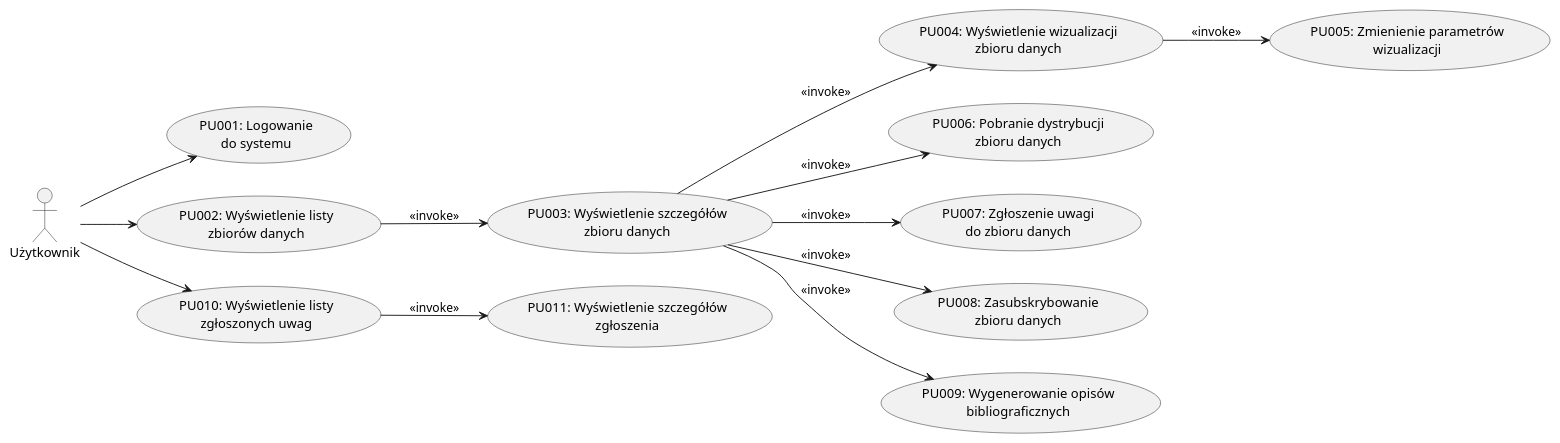
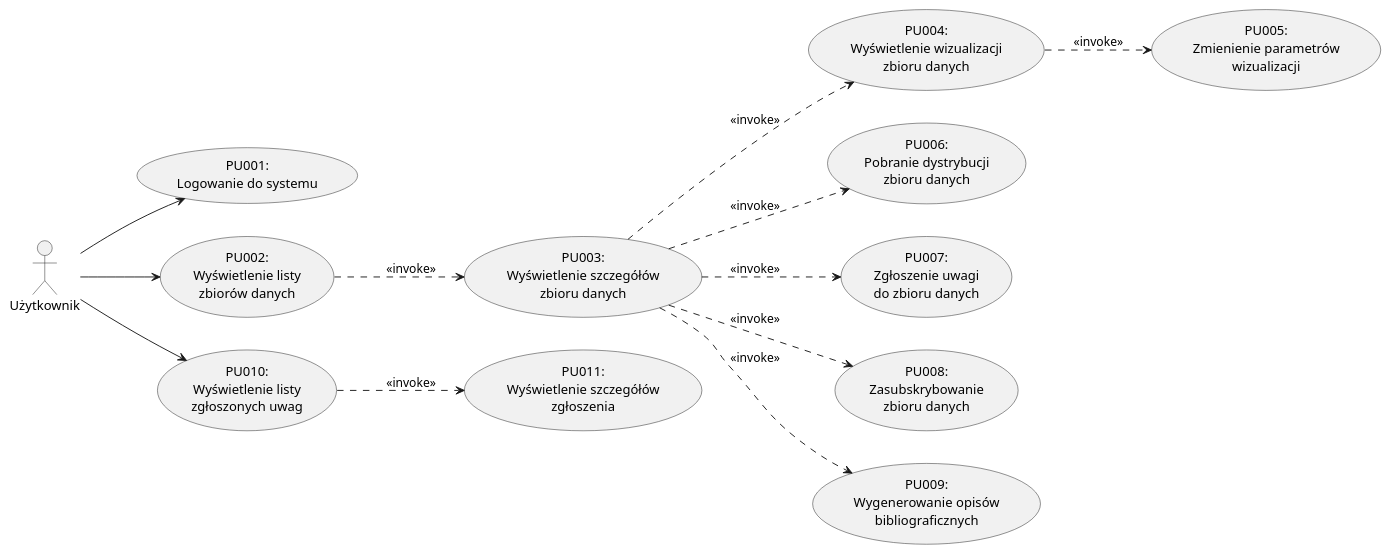
The diagram in 4. Diagramy Przypadkow/Uzytkownik.puml (kokolodziejska/IWO), drawn with PlantUML before and after one commit. The commit also changed 6 other files, not shown here.

```diff
--- a/4. Diagramy Przypadkow/Uzytkownik.puml
+++ b/4. Diagramy Przypadkow/Uzytkownik.puml
@@ -1,32 +1,32 @@
 @startuml Uzytkownik
 left to right direction
 
 actor "Użytkownik" as User
 
-usecase "PU001: Logowanie\ndo systemu" as PU001
-usecase "PU002: Wyświetlenie listy\nzbiorów danych" as PU002
-usecase "PU003: Wyświetlenie szczegółów\nzbioru danych" as PU003
-usecase "PU004: Wyświetlenie wizualizacji\nzbioru danych" as PU004
-usecase "PU005: Zmienienie parametrów\nwizualizacji" as PU005
-usecase "PU006: Pobranie dystrybucji\nzbioru danych" as PU006
-usecase "PU007: Zgłoszenie uwagi\ndo zbioru danych" as PU007
-usecase "PU008: Zasubskrybowanie\nzbioru danych" as PU008
-usecase "PU009: Wygenerowanie opisów\nbibliograficznych" as PU009
-usecase "PU010: Wyświetlenie listy\nzgłoszonych uwag" as PU010
-usecase "PU011: Wyświetlenie szczegółów\nzgłoszenia" as PU011
+usecase "PU001:\nLogowanie do systemu" as PU001
+usecase "PU002:\nWyświetlenie listy\nzbiorów danych" as PU002
+usecase "PU003:\nWyświetlenie szczegółów\nzbioru danych" as PU003
+usecase "PU004:\nWyświetlenie wizualizacji\nzbioru danych" as PU004
+usecase "PU005:\nZmienienie parametrów\nwizualizacji" as PU005
+usecase "PU006:\nPobranie dystrybucji\nzbioru danych" as PU006
+usecase "PU007:\nZgłoszenie uwagi\ndo zbioru danych" as PU007
+usecase "PU008:\nZasubskrybowanie\nzbioru danych" as PU008
+usecase "PU009:\nWygenerowanie opisów\nbibliograficznych" as PU009
+usecase "PU010:\nWyświetlenie listy\nzgłoszonych uwag" as PU010
+usecase "PU011:\nWyświetlenie szczegółów\nzgłoszenia" as PU011
 
 User --> PU001
 User --> PU002
 User --> PU010
 
-PU002 --> PU003 : <<invoke>>
-PU003 --> PU004 : <<invoke>>
-PU003 --> PU007 : <<invoke>>
-PU003 --> PU008 : <<invoke>>
-PU003 --> PU006 : <<invoke>>
-PU003 --> PU009 : <<invoke>>
-PU004 --> PU005 : <<invoke>>
+PU002 ..> PU003 : <<invoke>>
+PU003 ..> PU004 : <<invoke>>
+PU003 ..> PU007 : <<invoke>>
+PU003 ..> PU008 : <<invoke>>
+PU003 ..> PU006 : <<invoke>>
+PU003 ..> PU009 : <<invoke>>
+PU004 ..> PU005 : <<invoke>>
 
-PU010 --> PU011 : <<invoke>>
+PU010 ..> PU011 : <<invoke>>
 
 @enduml
```
